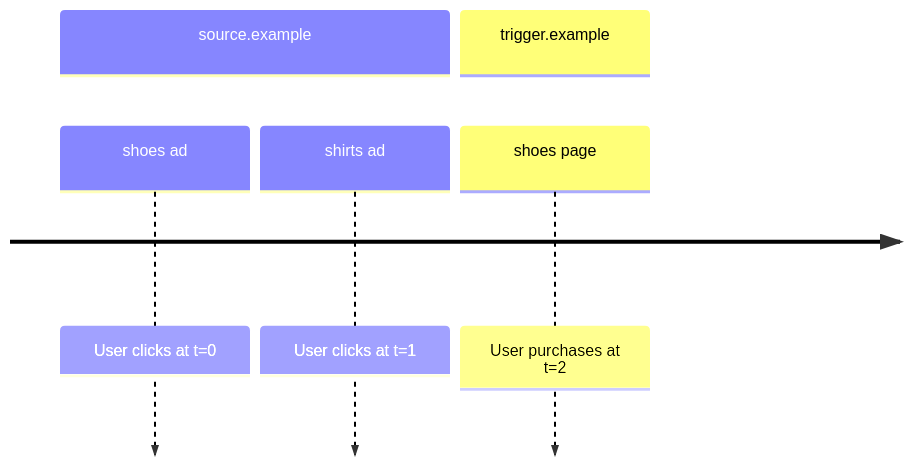
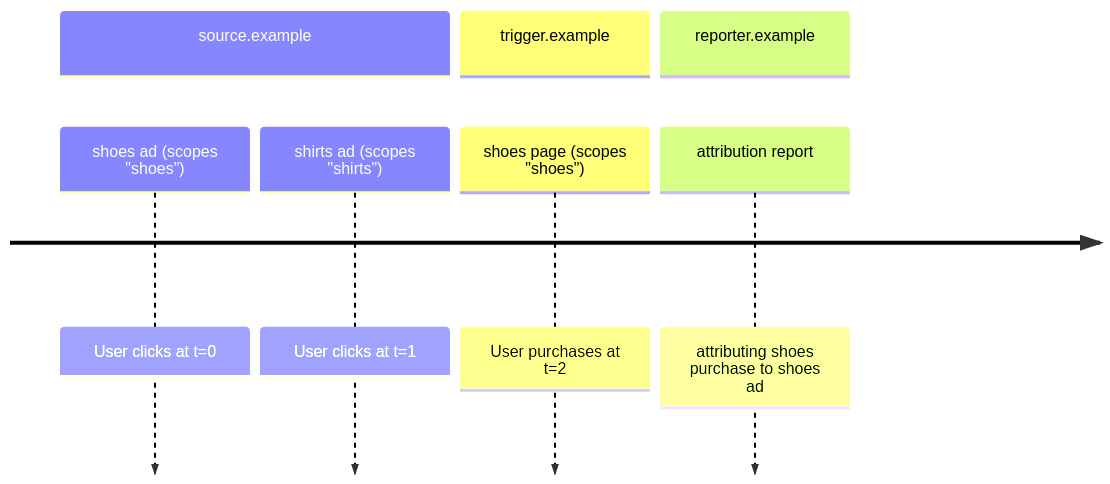
Before and after one commit to WICG/attribution-reporting-api: the second of 2 diagrams in attribution_scopes.md, drawn with Mermaid. The commit also changed other lines of this file, not shown here.

````diff
--- a/attribution_scopes.md
+++ b/attribution_scopes.md
@@ -110,8 +175,10 @@
 ```mermaid
 timeline
   section source.example
-    shoes ad: User clicks at t=0
-    shirts ad: User clicks at t=1
+    shoes ad (scopes "shoes"): User clicks at t=0
+    shirts ad (scopes "shirts"): User clicks at t=1
   section trigger.example
-    shoes page: User purchases at t=2
+    shoes page (scopes "shoes"): User purchases at t=2
+  section reporter.example
+    attribution report: attributing shoes purchase to shoes ad
 ```
````
